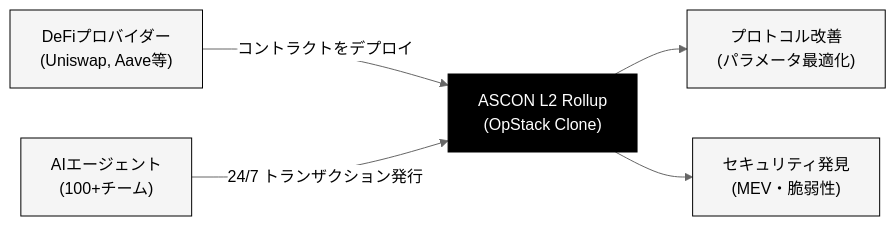
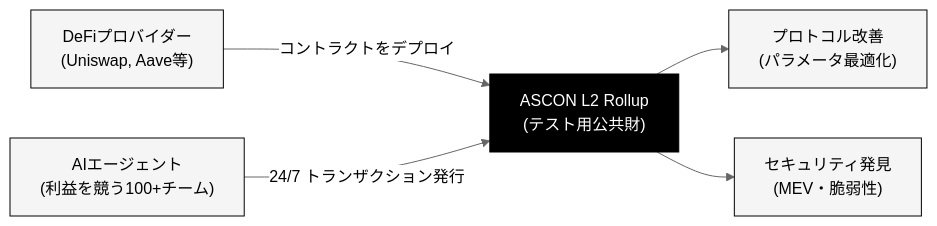
Before and after one commit to NyxFoundation/presentation-agent: the diagram in slides/SL04.md, drawn with Mermaid (neutral theme). The commit also changed other lines of this file and 6 other files, not shown here.

````diff
--- a/slides/SL04.md
+++ b/slides/SL04.md
@@ -8,12 +8,12 @@
 ```mermaid {theme: 'neutral'}
 graph LR
-    A["DeFiプロバイダー<br/>(Uniswap, Aave等)"] -->|コントラクトをデプロイ| B["ASCON L2 Rollup<br/>(OpStack Clone)"]
-    C["AIエージェント<br/>(100+チーム)"] -->|24/7 トランザクション発行| B
+    A["DeFiプロバイダー<br/>(Uniswap, Aave等)"] -->|コントラクトをデプロイ| B["ASCON L2 Rollup<br/>(テスト用公共財)"]
+    C["AIエージェント<br/>(利益を競う100+チーム)"] -->|24/7 トランザクション発行| B
     B --> D["プロトコル改善<br/>(パラメータ最適化)"]
     B --> E["セキュリティ発見<br/>(MEV・脆弱性)"]
     style A fill:#f5f5f5,stroke:#000,color:#000
     style B fill:#000,stroke:#000,color:#fff
     style C fill:#f5f5f5,stroke:#000,color:#000
     style D fill:#f5f5f5,stroke:#000,color:#000
     style E fill:#f5f5f5,stroke:#000,color:#000
 ```
````
